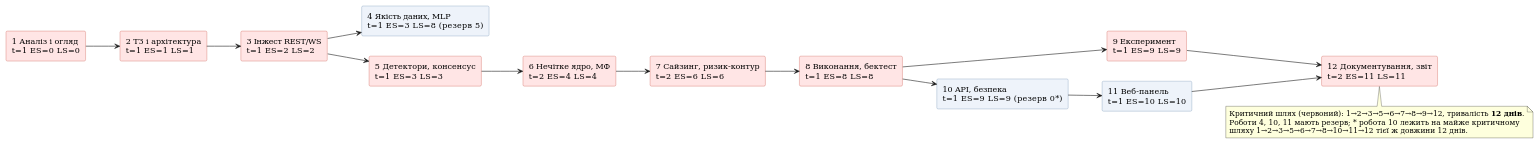
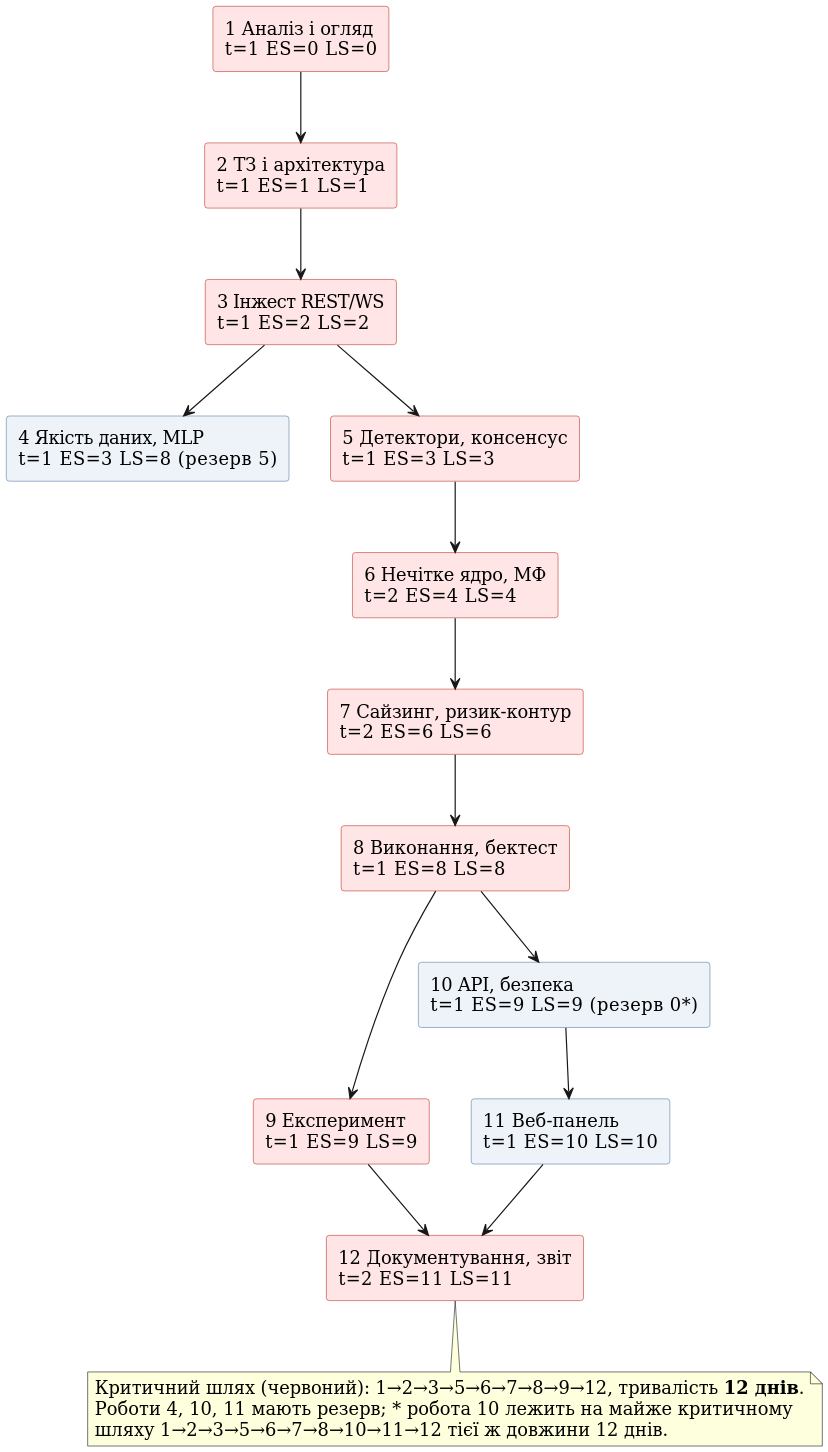
One commit to AndrZhuk/FuzzHelm changed the diagram in docs/diagrams/network.puml. Above: the diagram before and after it, drawn with PlantUML. The commit also changed 15 other files, not shown here.

First line of the commit message:
Diagrams: re-lay out for print (legible on a portrait A4 page)

```diff
--- a/docs/diagrams/network.puml
+++ b/docs/diagrams/network.puml
@@ -1,47 +1,49 @@
 @startuml
 ' Сітьовий графік робіт із критичним шляхом (метод передування, AON).
 ' Найменування: docs/diagrams/network.puml
 ' Призначення: залежності робіт і критичний шлях для звіту §1.6. У вузлі: номер, назва,
 '     тривалість (дн.), ранній початок ES і пізній початок LS; резерв = LS − ES.
 ' Автор: Андрій Жук, 2026.
-left to right direction
+top to bottom direction
 hide stereotype
+skinparam dpi 200
 skinparam defaultFontName "DejaVu Sans"
+skinparam defaultFontSize 15
 skinparam rectangle {
   BackgroundColor<<crit>> #FFE5E5
   BorderColor<<crit>> #C0392B
   BackgroundColor<<slack>> #EEF3FA
   BorderColor<<slack>> #5B7FA6
 }
 rectangle "1 Аналіз і огляд\nt=1  ES=0  LS=0" <<crit>> as W1
 rectangle "2 ТЗ і архітектура\nt=1  ES=1  LS=1" <<crit>> as W2
 rectangle "3 Інжест REST/WS\nt=1  ES=2  LS=2" <<crit>> as W3
 rectangle "4 Якість даних, MLP\nt=1  ES=3  LS=8  (резерв 5)" <<slack>> as W4
 rectangle "5 Детектори, консенсус\nt=1  ES=3  LS=3" <<crit>> as W5
 rectangle "6 Нечітке ядро, МФ\nt=2  ES=4  LS=4" <<crit>> as W6
 rectangle "7 Сайзинг, ризик-контур\nt=2  ES=6  LS=6" <<crit>> as W7
 rectangle "8 Виконання, бектест\nt=1  ES=8  LS=8" <<crit>> as W8
 rectangle "9 Експеримент\nt=1  ES=9  LS=9" <<crit>> as W9
 rectangle "10 API, безпека\nt=1  ES=9  LS=9  (резерв 0*)" <<slack>> as W10
 rectangle "11 Веб-панель\nt=1  ES=10  LS=10" <<slack>> as W11
 rectangle "12 Документування, звіт\nt=2  ES=11  LS=11" <<crit>> as W12
 
 W1 --> W2
 W2 --> W3
 W3 --> W4
 W3 --> W5
 W5 --> W6
 W6 --> W7
 W7 --> W8
 W8 --> W9
 W8 --> W10
 W10 --> W11
 W9 --> W12
 W11 --> W12
 
 note bottom of W12
   Критичний шлях (червоний): 1→2→3→5→6→7→8→9→12, тривалість **12 днів**.
   Роботи 4, 10, 11 мають резерв; * робота 10 лежить на майже критичному
   шляху 1→2→3→5→6→7→8→10→11→12 тієї ж довжини 12 днів.
 end note
 @enduml
```
